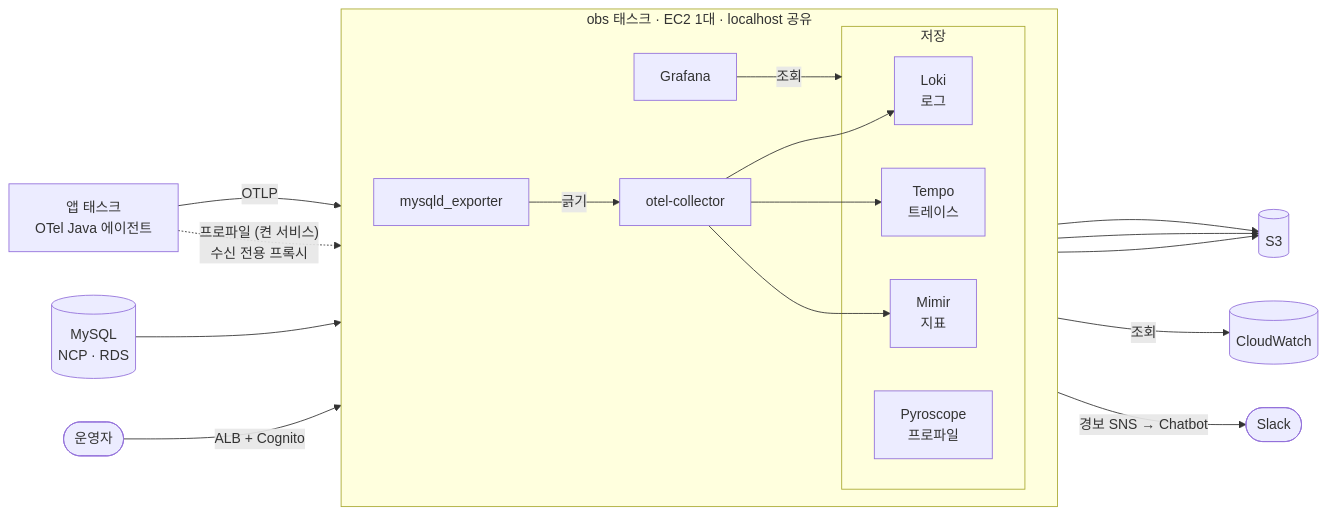
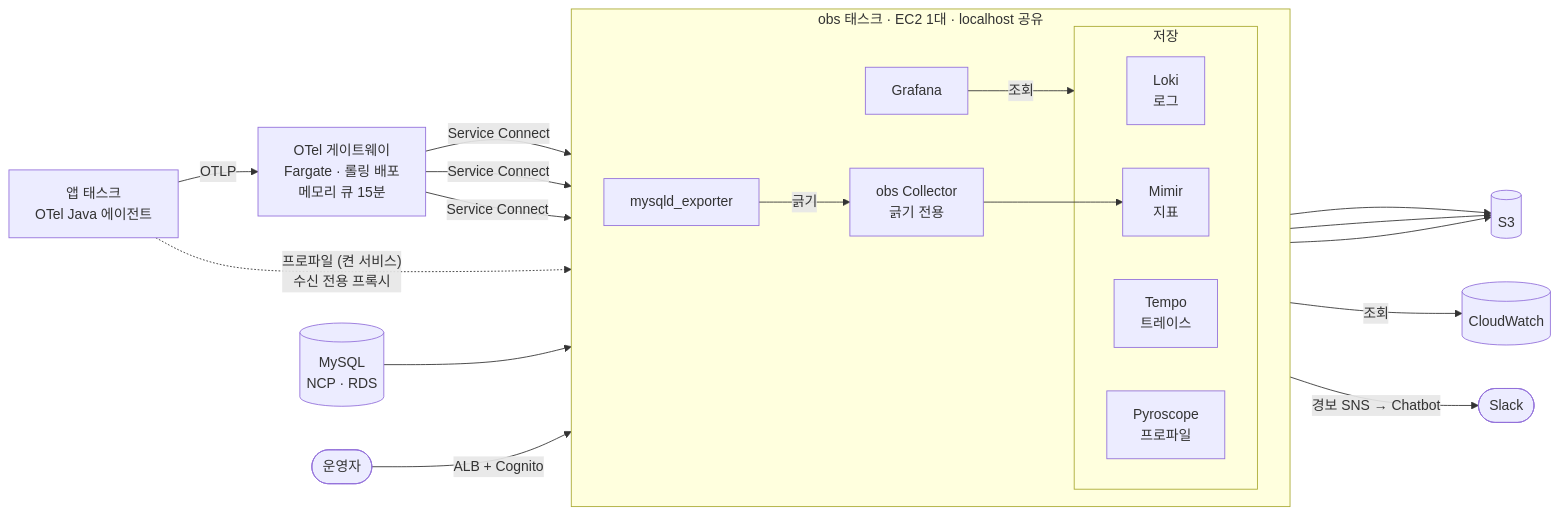
The first of 5 diagrams in terraform/aws/monitoring/lgtm/nova_apnortheast2/config/README.md (Grandis-2/nova-infra), drawn with Mermaid before and after one commit. The commit also changed other lines of this file and 8 other files, not shown here.

Commit message:
feat(monitoring): obs Collector 를 긁기 전용으로 줄이고 옛 OTLP 수신 경로를 없앤다 (NV-543 4/4)

````diff
--- a/terraform/aws/monitoring/lgtm/nova_apnortheast2/config/README.md
+++ b/terraform/aws/monitoring/lgtm/nova_apnortheast2/config/README.md
@@ -19,34 +20,37 @@
 ```mermaid
 flowchart LR
   app["앱 태스크<br/>OTel Java 에이전트"]
   ncp[("MySQL<br/>NCP · RDS")]
   user(["운영자"])
 
+  gw["OTel 게이트웨이<br/>Fargate · 롤링 배포<br/>메모리 큐 15분"]
+
   subgraph obs["obs 태스크 · EC2 1대 · localhost 공유"]
     direction LR
     exp["mysqld_exporter"]
-    col["otel-collector"]
+    col["obs Collector<br/>긁기 전용"]
     subgraph store["저장"]
       loki["Loki<br/>로그"]
       tempo["Tempo<br/>트레이스"]
       mimir["Mimir<br/>지표"]
       pyro["Pyroscope<br/>프로파일"]
     end
     graf["Grafana"]
   end
 
   s3[("S3")]
   cw[("CloudWatch")]
   slack(["Slack"])
 
-  app -- "OTLP" --> col
+  app -- "OTLP" --> gw
+  gw -- "Service Connect" --> loki & tempo & mimir
   app -. "프로파일 (켠 서비스)<br/>수신 전용 프록시" .-> pyro
   exp -- "긁기" --> col
   ncp --> exp
-  col --> loki & tempo & mimir
+  col --> mimir
   loki & tempo & mimir --> s3
   graf -- "조회" --> store
   graf -- "조회" --> cw
   graf -- "경보 SNS → Chatbot" --> slack
   user -- "ALB + Cognito" --> graf
 ```
````
